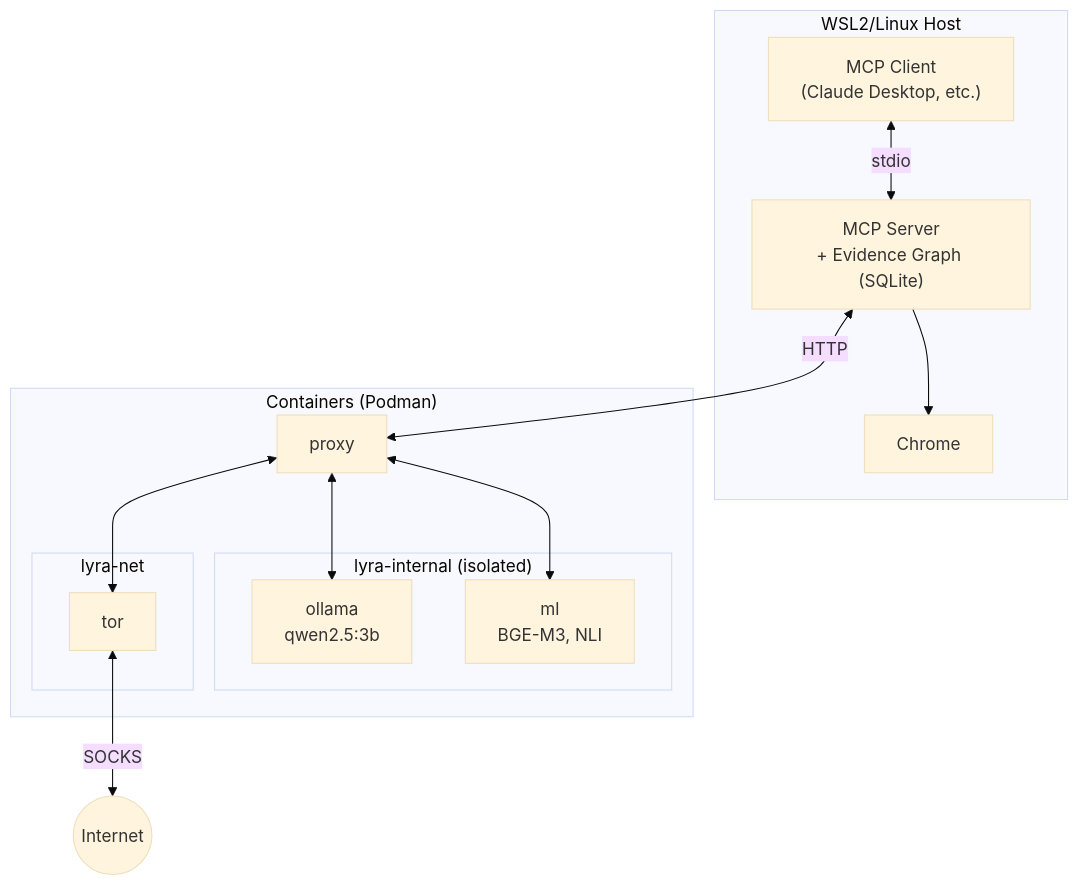
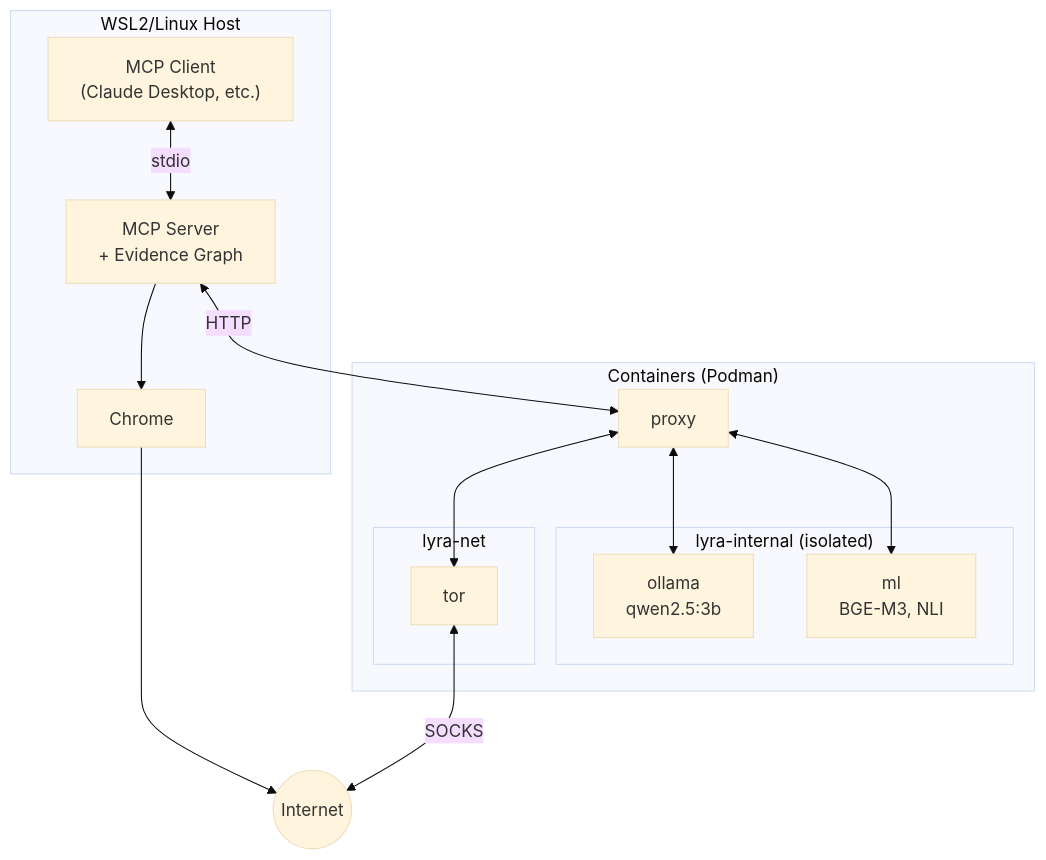
One commit to k-shibuki/lyra changed the first of 3 diagrams in paper/joss/body_draft_20260104.md. Above: the diagram before and after it, drawn with Mermaid (base theme). The commit also changed other lines of this file, not shown here.

First line of the commit message:
docs: fix Mermaid diagrams for GitHub rendering

````diff
--- a/paper/joss/body_draft_20260104.md
+++ b/paper/joss/body_draft_20260104.md
@@ -26,25 +26,27 @@
 ```mermaid
 flowchart TB
     subgraph Host["WSL2/Linux Host"]
-        MCP["MCP Client\n(Claude Desktop, etc.)"]
-        Server["MCP Server\n+ Evidence Graph (SQLite)"]
+        MCP["MCP Client<br/>(Claude Desktop, etc.)"]
+        Server["MCP Server<br/>+ Evidence Graph"]
         Chrome["Chrome"]
     end
     subgraph Containers["Containers (Podman)"]
         subgraph lyra-internal["lyra-internal (isolated)"]
-            Ollama["ollama\nqwen2.5:3b"]
-            ML["ml\nBGE-M3, NLI"]
+            Ollama["ollama<br/>qwen2.5:3b"]
+            ML["ml<br/>BGE-M3, NLI"]
         end
         Proxy["proxy"]
         subgraph lyra-net["lyra-net"]
             Tor["tor"]
         end
     end
+    Internet((Internet))
     MCP <-->|stdio| Server
     Server --> Chrome
+    Chrome --> Internet
     Server <-->|HTTP| Proxy
     Proxy <--> Ollama
     Proxy <--> ML
     Proxy <--> Tor
-    Tor <-->|SOCKS| Internet((Internet))
+    Tor <-->|SOCKS| Internet
 ```
````
